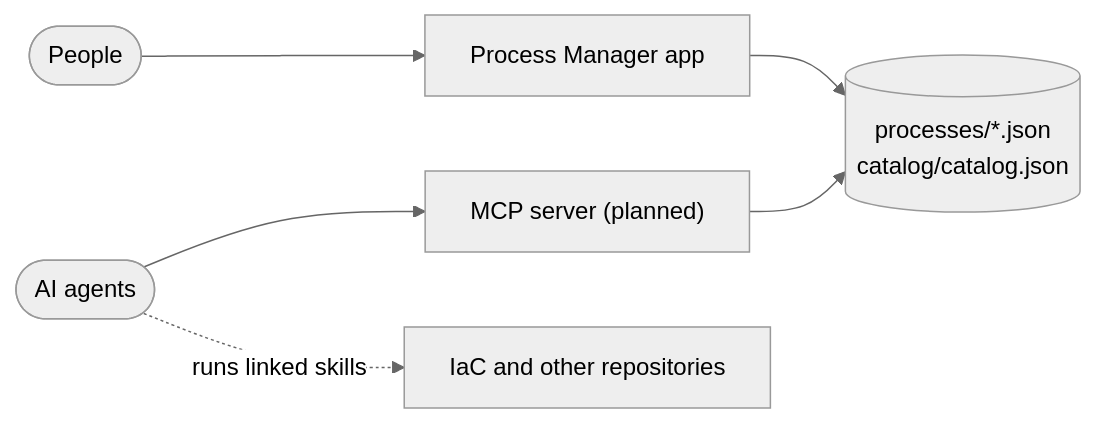
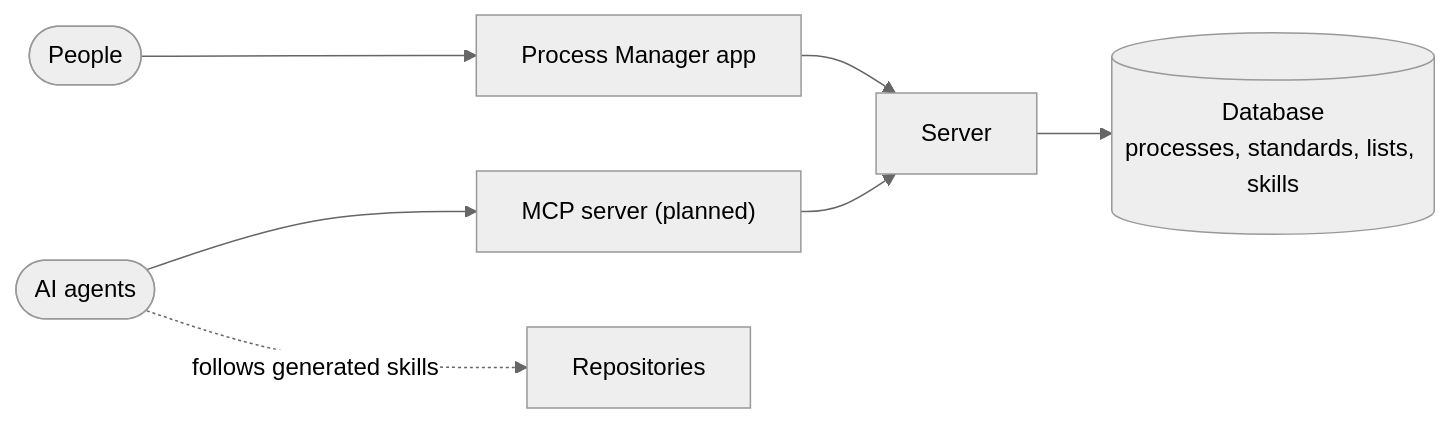
Before and after one commit to kubek80/process-manager: the diagram in docs/mcp.md, drawn with Mermaid (neutral theme). The commit also changed other lines of this file and 69 other files, not shown here.

````diff
--- a/docs/mcp.md
+++ b/docs/mcp.md
@@ -9,9 +9,9 @@
 ```mermaid
 flowchart LR
-  files[("processes/*.json<br/>catalog/catalog.json")]
-  app["Process Manager app"] --> files
-  mcp["MCP server (planned)"] --> files
+  db[("Database<br/>processes, standards, lists, skills")]
+  app["Process Manager app"] --> server["Server"] --> db
+  mcp["MCP server (planned)"] --> server
   human(["People"]) --> app
   agent(["AI agents"]) --> mcp
-  agent -. "runs linked skills" .-> repos["IaC and other repositories"]
+  agent -. "follows generated skills" .-> repos["Repositories"]
 ```
````
